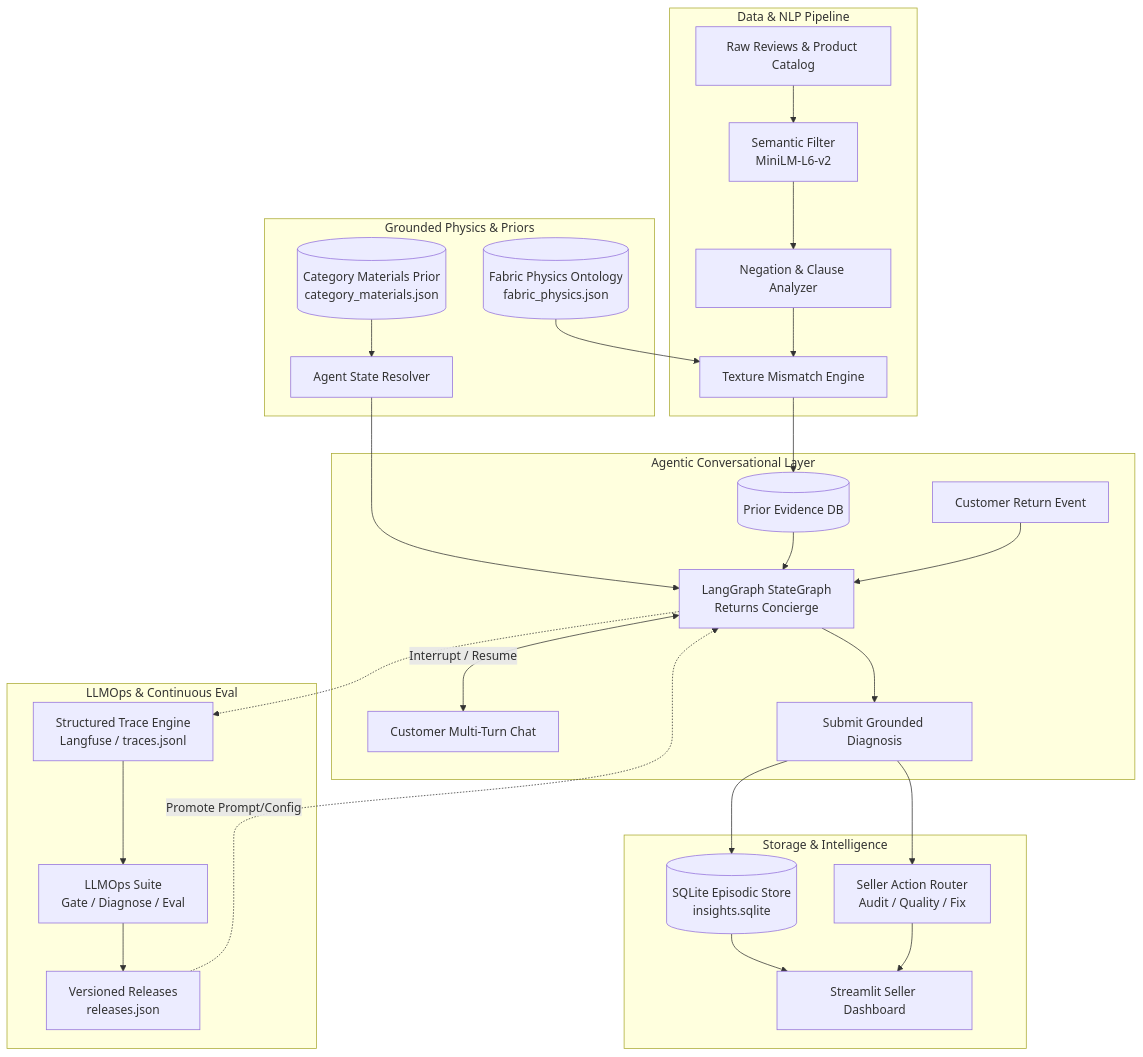
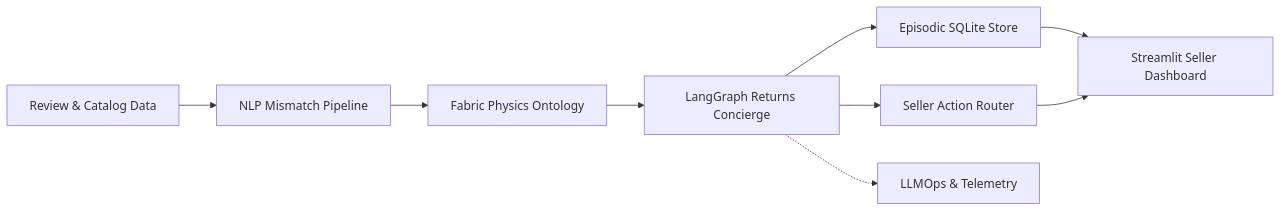
The diagram in docs/README.md (addy9051/True-texture-detector-AI-system), drawn with Mermaid before and after one commit. The commit also changed other lines of this file and 7 other files, not shown here.

Commit message:
docs: add comprehensive system documentation for architecture, LLMOps, pipeline operations, and developer guides.

````diff
--- a/docs/README.md
+++ b/docs/README.md
@@ -22,36 +22,11 @@
 ```mermaid
-graph TD
-    subgraph Data & NLP Pipeline
-        A[Raw Reviews & Product Catalog] --> B[Semantic Filter <br/> MiniLM-L6-v2]
-        B --> C[Negation & Clause Analyzer]
-        C --> D[Texture Mismatch Engine]
-    end
-
-    subgraph Grounded Physics & Priors
-        E[(Fabric Physics Ontology <br/> fabric_physics.json)] --> D
-        F[(Category Materials Prior <br/> category_materials.json)] --> G[Agent State Resolver]
-    end
-
-    subgraph Agentic Conversational Layer
-        D --> H[(Prior Evidence DB)]
-        G --> I[LangGraph StateGraph <br/> Returns Concierge]
-        H --> I
-        J[Customer Return Event] --> I
-        I <-->|Interrupt / Resume| K[Customer Multi-Turn Chat]
-        I --> L[Submit Grounded Diagnosis]
-    end
-
-    subgraph Storage & Intelligence
-        L --> M[(SQLite Episodic Store <br/> insights.sqlite)]
-        L --> N[Seller Action Router <br/> Audit / Quality / Fix]
-        M --> O[Streamlit Seller Dashboard]
-        N --> O
-    end
-
-    subgraph LLMOps & Continuous Eval
-        I -.-> P[Structured Trace Engine <br/> Langfuse / traces.jsonl]
-        P --> Q[LLMOps Suite <br/> Gate / Diagnose / Eval]
-        Q --> R[Versioned Releases <br/> releases.json]
-        R -.->|Promote Prompt/Config| I
-    end
+graph LR
+    A[Review & Catalog Data] --> B[NLP Mismatch Pipeline]
+    B --> C[Fabric Physics Ontology]
+    C --> D[LangGraph Returns Concierge]
+    D --> E[Episodic SQLite Store]
+    D --> F[Seller Action Router]
+    D -.-> G[LLMOps & Telemetry]
+    E --> H[Streamlit Seller Dashboard]
+    F --> H
 ```
````
